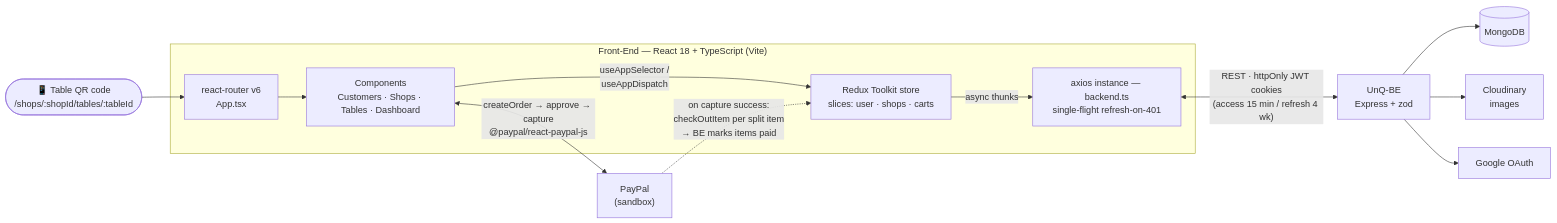
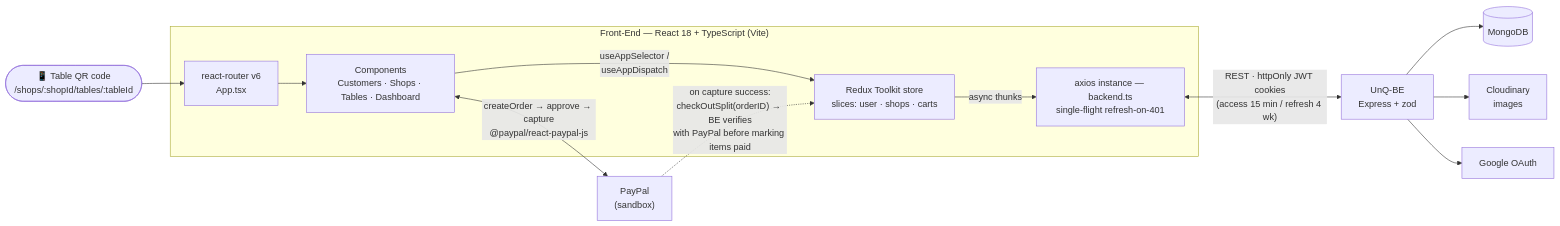
One commit to Nando-C/UnQ-FE changed the diagram in README.md. Above: the diagram before and after it, drawn with Mermaid. The commit also changed other lines of this file and 4 other files, not shown here.

Commit message:
feat: verified checkout — send PayPal order id to checkOutSplit, fix feedback double-navigate

````diff
--- a/README.md
+++ b/README.md
@@ -118,23 +119,23 @@
 ```mermaid
 flowchart LR
     QR(["📱 Table QR code<br/>/shops/:shopId/tables/:tableId"]) --> Router
 
     subgraph FE["Front-End — React 18 + TypeScript (Vite)"]
         Router["react-router v6<br/>App.tsx"]
         UI["Components<br/>Customers · Shops · Tables · Dashboard"]
         Store["Redux Toolkit store<br/>slices: user · shops · carts"]
         Axios["axios instance — backend.ts<br/>single-flight refresh-on-401"]
 
         Router --> UI
         UI -->|"useAppSelector /<br/>useAppDispatch"| Store
         Store -->|async thunks| Axios
     end
 
     Axios <-->|"REST · httpOnly JWT cookies<br/>(access 15 min / refresh 4 wk)"| BE["UnQ-BE<br/>Express + zod"]
     UI <-->|"createOrder → approve → capture<br/>@paypal/react-paypal-js"| PayPal["PayPal<br/>(sandbox)"]
-    PayPal -.->|"on capture success:<br/>checkOutItem per split item<br/>→ BE marks items paid"| Store
+    PayPal -.->|"on capture success:<br/>checkOutSplit(orderID) → BE verifies<br/>with PayPal before marking items paid"| Store
 
     BE --> Mongo[("MongoDB")]
     BE --> Cloudinary["Cloudinary<br/>images"]
     BE --> Google["Google OAuth"]
 ```
````
